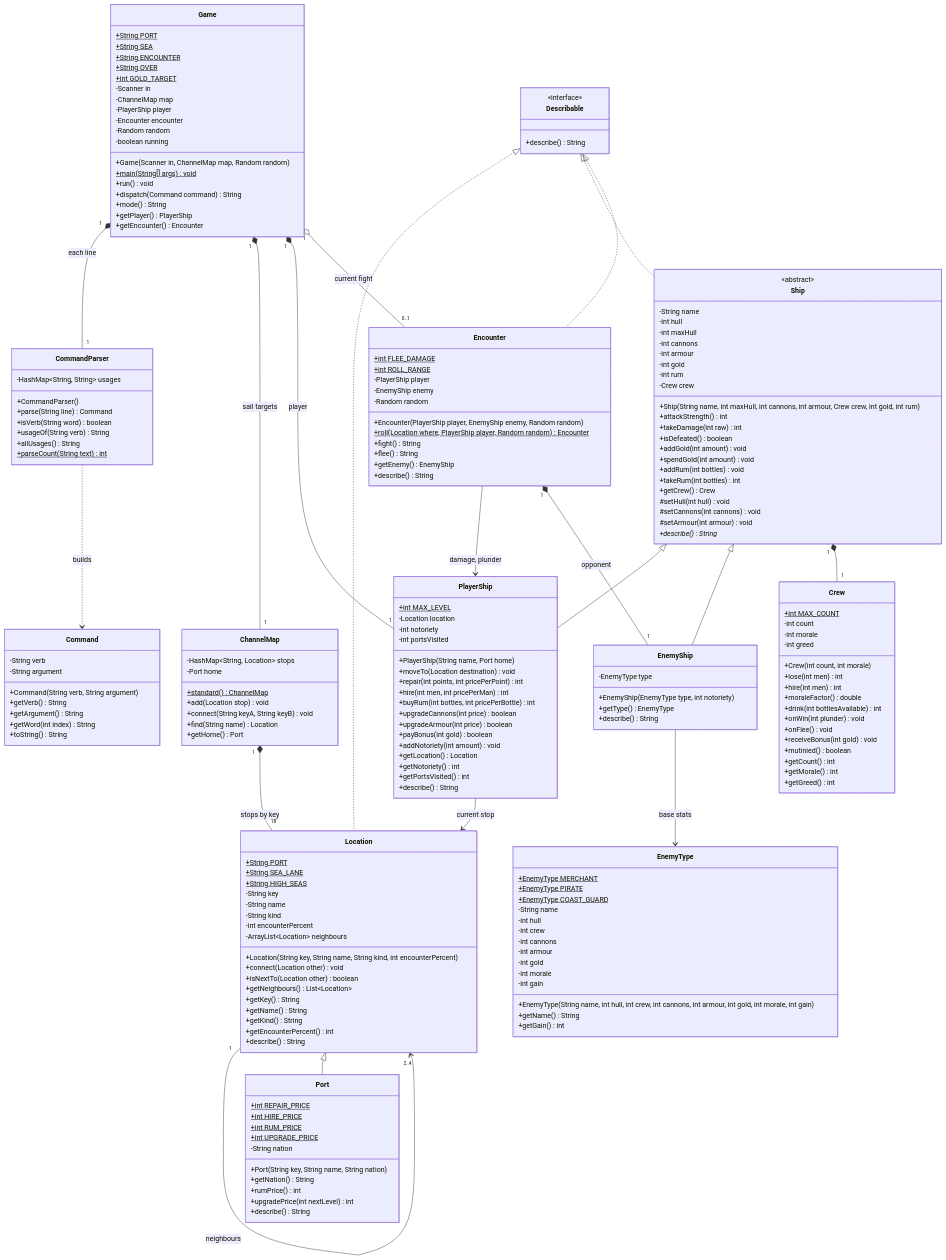
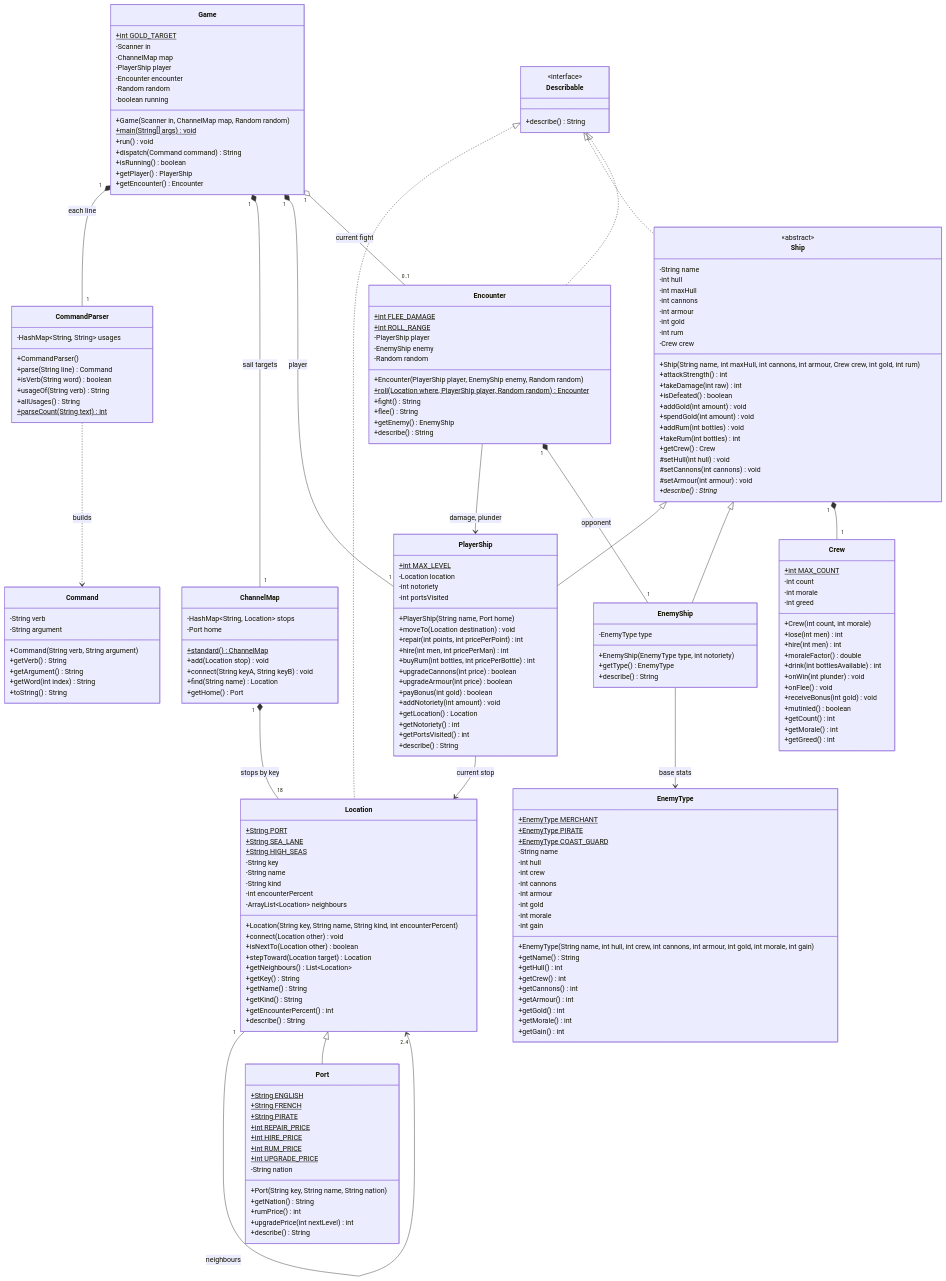
One commit to DRMarcosVT/cs2114-project1-group87 changed the diagram in docs/class-diagram.mmd. Above: the diagram before and after it, drawn with Mermaid. The commit also changed 3 other files, not shown here.

First line of the commit message:
Replace mode() with two dispatch checks and name the port being sailed to

```diff
--- a/docs/class-diagram.mmd
+++ b/docs/class-diagram.mmd
@@ -7,10 +7,6 @@
     }
 
     class Game {
-        +String PORT$
-        +String SEA$
-        +String ENCOUNTER$
-        +String OVER$
         +int GOLD_TARGET$
         -Scanner in
         -ChannelMap map
@@ -22,7 +18,7 @@
         +main(String[] args)$ void
         +run() void
         +dispatch(Command command) String
-        +mode() String
+        +isRunning() boolean
         +getPlayer() PlayerShip
         +getEncounter() Encounter
     }
@@ -69,6 +65,7 @@
         +Location(String key, String name, String kind, int encounterPercent)
         +connect(Location other) void
         +isNextTo(Location other) boolean
+        +stepToward(Location target) Location
         +getNeighbours() List~Location~
         +getKey() String
         +getName() String
@@ -78,6 +75,9 @@
     }
 
     class Port {
+        +String ENGLISH$
+        +String FRENCH$
+        +String PIRATE$
         +int REPAIR_PRICE$
         +int HIRE_PRICE$
         +int RUM_PRICE$
@@ -156,6 +156,12 @@
         -int gain
         +EnemyType(String name, int hull, int crew, int cannons, int armour, int gold, int morale, int gain)
         +getName() String
+        +getHull() int
+        +getCrew() int
+        +getCannons() int
+        +getArmour() int
+        +getGold() int
+        +getMorale() int
         +getGain() int
     }
 
```
